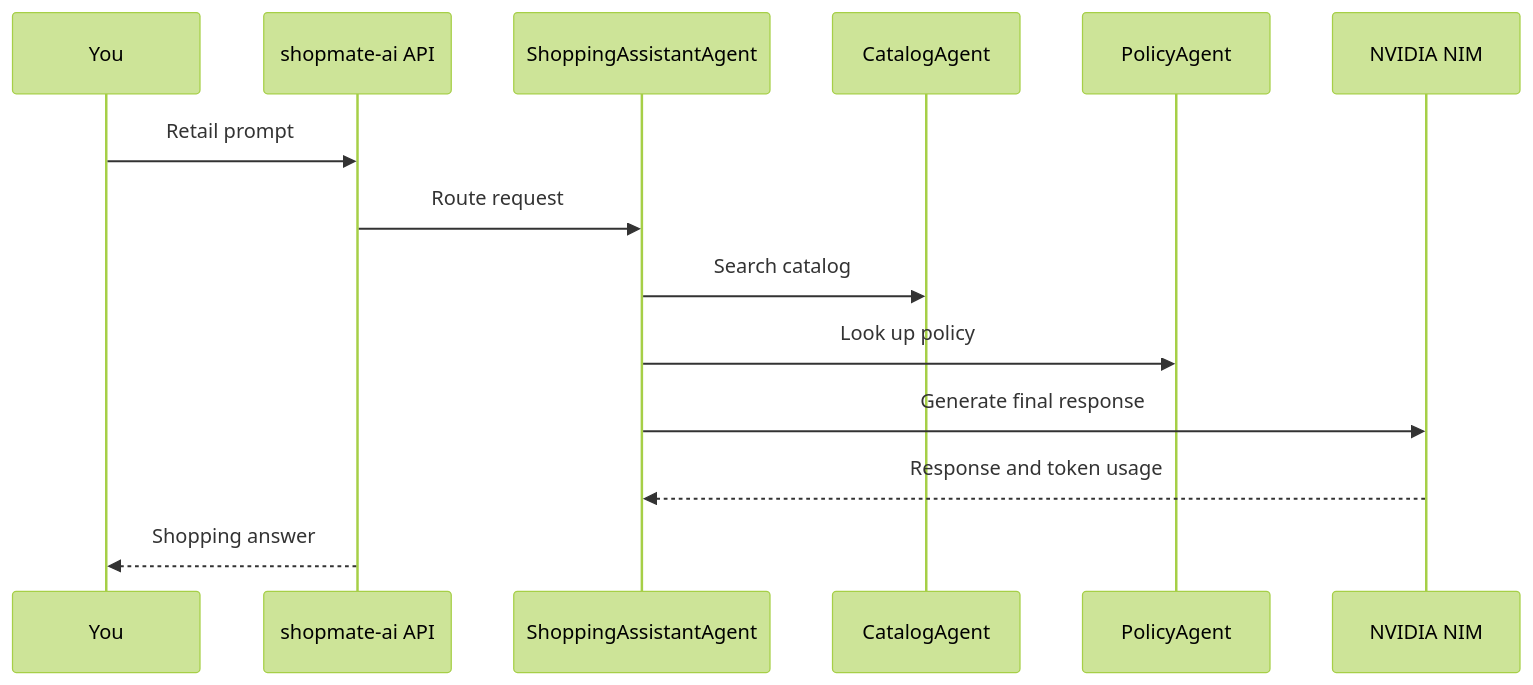
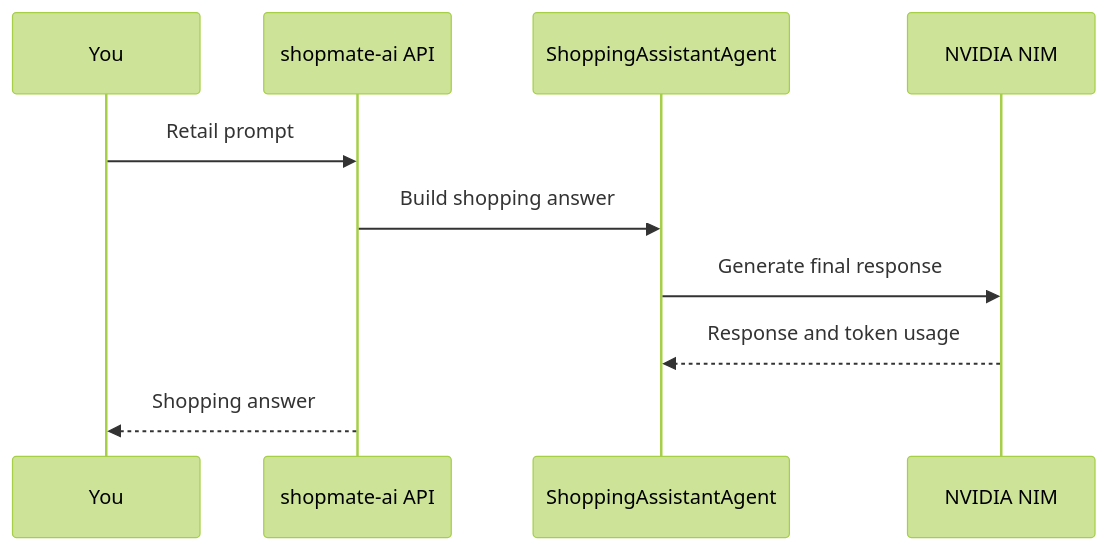
One commit to marciokugler/clus-shopmate-exercises changed the diagram in workshop/module-2-app-instrumentation.md. Above: the diagram before and after it, drawn with Mermaid (forest theme). The commit also changed other lines of this file and 75 other files, not shown here.

````diff
--- a/workshop/module-2-app-instrumentation.md
+++ b/workshop/module-2-app-instrumentation.md
@@ -23,17 +23,13 @@
 ```mermaid
 sequenceDiagram
   participant You
   participant API as shopmate-ai API
   participant SA as ShoppingAssistantAgent
-  participant CA as CatalogAgent
-  participant PA as PolicyAgent
   participant NIM as NVIDIA NIM
 
   You->>API: Retail prompt
-  API->>SA: Route request
-  SA->>CA: Search catalog
-  SA->>PA: Look up policy
+  API->>SA: Build shopping answer
   SA->>NIM: Generate final response
   NIM-->>SA: Response and token usage
   API-->>You: Shopping answer
 ```
````
